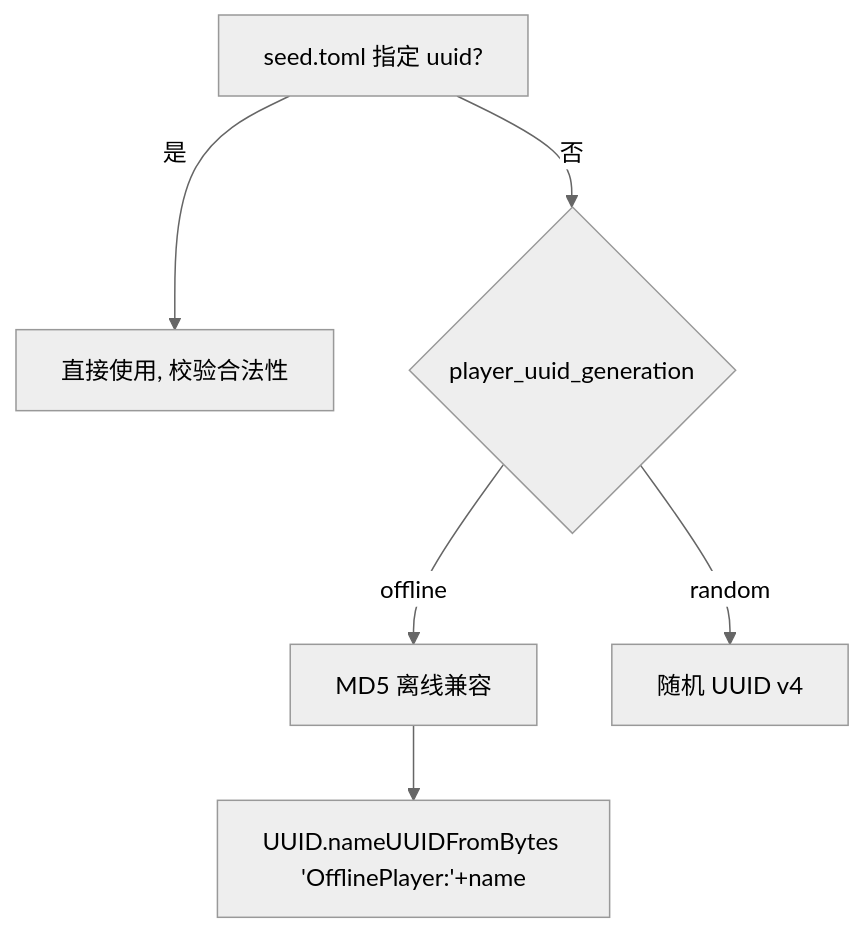
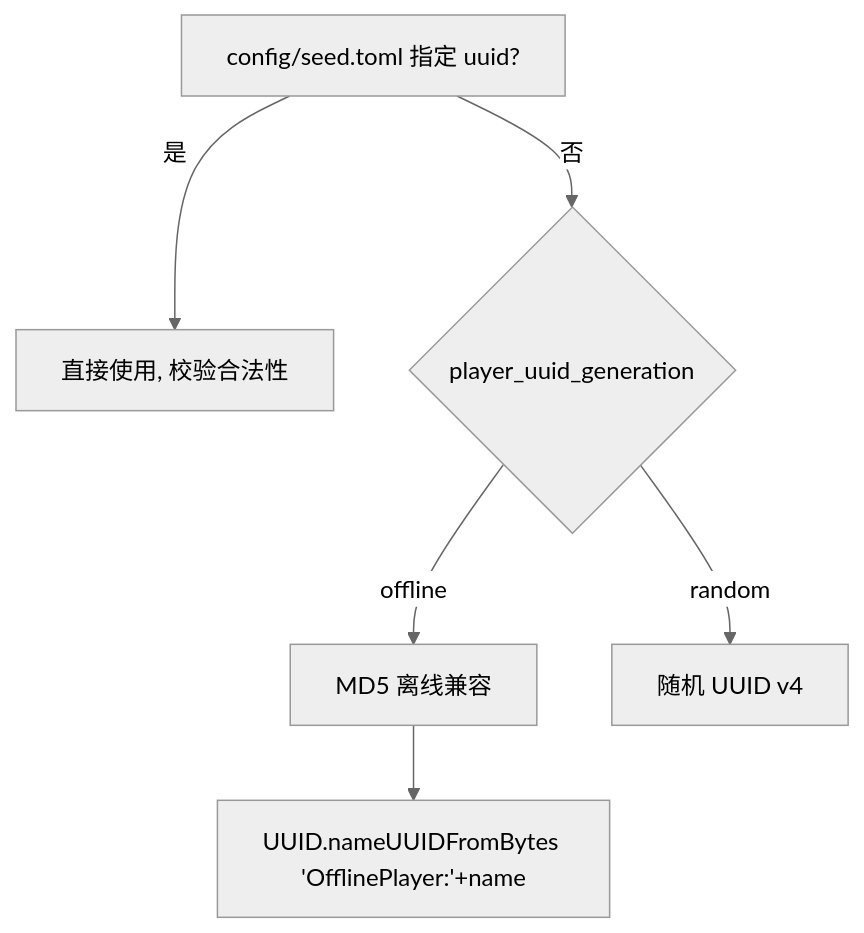
The second of 7 diagrams in docs/architecture.md (RhNu/yggr), drawn with Mermaid (neutral theme) before and after one commit. The commit also changed other lines of this file and 16 other files, not shown here.

````diff
--- a/docs/architecture.md
+++ b/docs/architecture.md
@@ -125,8 +125,8 @@
 ```mermaid
 flowchart TD
-    A[seed.toml 指定 uuid?] -->|是| B[直接使用, 校验合法性]
+    A[config/seed.toml 指定 uuid?] -->|是| B[直接使用, 校验合法性]
     A -->|否| C{player_uuid_generation}
     C -->|offline| D[MD5 离线兼容]
     C -->|random| E[随机 UUID v4]
     D --> F[UUID.nameUUIDFromBytes 'OfflinePlayer:'+name]
 ```
````
